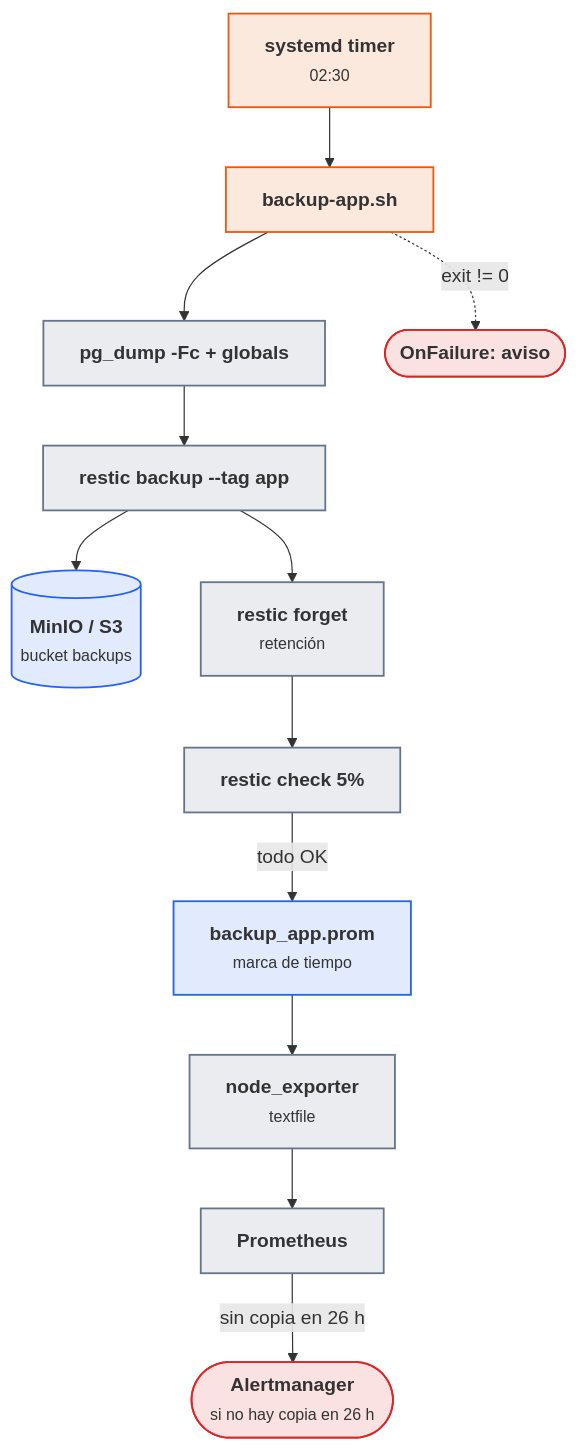
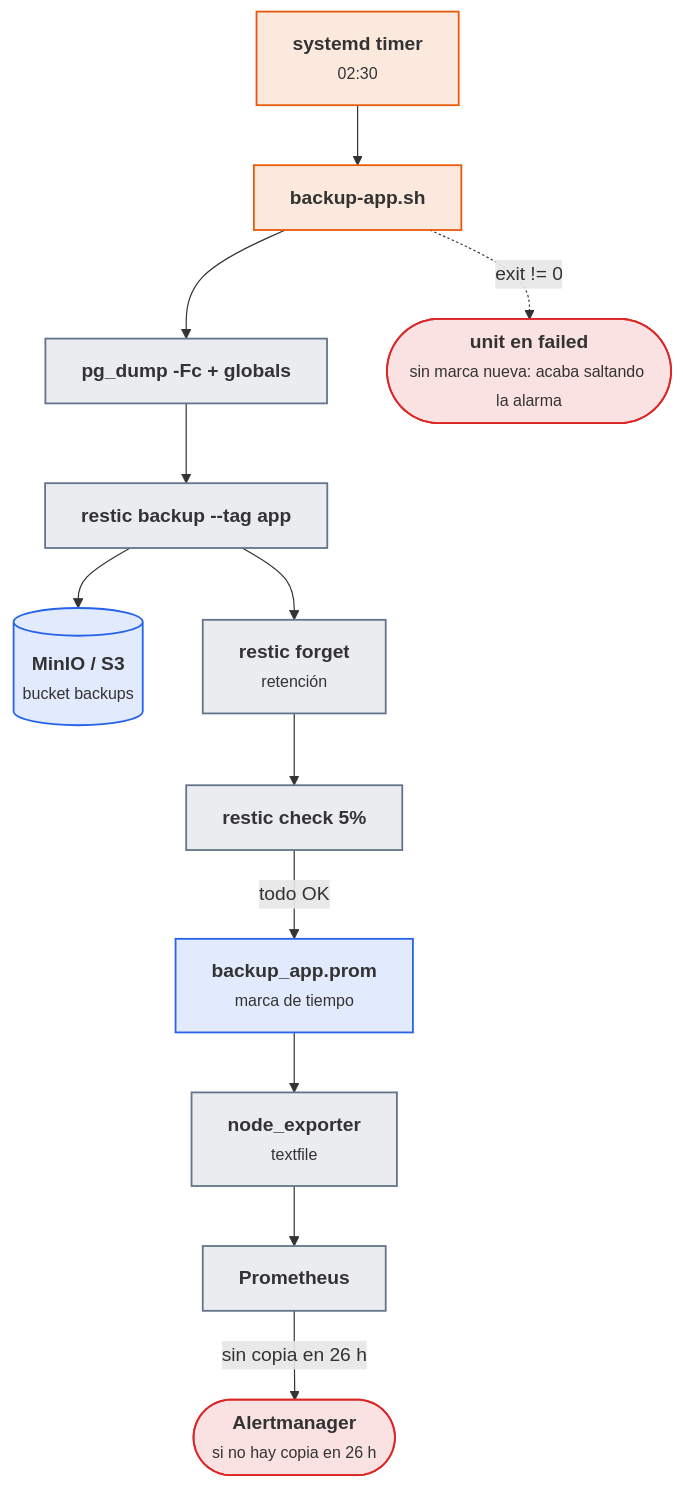
One commit to victor-educ/apuntes-5169 changed the second of 3 diagrams in docs/ut/ut6-copias-seguridad.md. Above: the diagram before and after it, drawn with Mermaid. The commit also changed other lines of this file and 17 other files, not shown here.

````diff
--- a/docs/ut/ut6-copias-seguridad.md
+++ b/docs/ut/ut6-copias-seguridad.md
@@ -279,25 +290,25 @@
 ```mermaid
 flowchart TB
     T["<b>systemd timer</b><br><small>02:30</small>"]:::act
     S["<b>backup-app.sh</b>"]:::act
     D["<b>pg_dump -Fc + globals</b>"]:::pieza
     R["<b>restic backup --tag app</b>"]:::pieza
     M[("<b>MinIO / S3</b><br><small>bucket backups</small>")]:::dato
     F["<b>restic forget</b><br><small>retención</small>"]:::pieza
     C["<b>restic check 5%</b>"]:::pieza
     P["<b>backup_app.prom</b><br><small>marca de tiempo</small>"]:::dato
     N["<b>node_exporter</b><br><small>textfile</small>"]:::pieza
     PR["<b>Prometheus</b>"]:::pieza
     A(["<b>Alertmanager</b><br><small>si no hay copia en 26 h</small>"]):::riesgo
-    O(["<b>OnFailure: aviso</b>"]):::riesgo
+    O(["<b>unit en failed</b><br><small>sin marca nueva: acaba saltando la alarma</small>"]):::riesgo
     T --> S --> D --> R --> M
     R --> F --> C
     C -->|todo OK| P --> N --> PR -->|sin copia en 26 h| A
     S -.->|exit != 0| O
     classDef act fill:#ea580c22,stroke:#ea580c,stroke-width:1.5px
     classDef pieza fill:#64748b22,stroke:#64748b,stroke-width:1.5px
     classDef dato fill:#2563eb22,stroke:#2563eb,stroke-width:1.5px
     classDef infra fill:#a1a1aa14,stroke:#a1a1aa,stroke-width:1.5px
     classDef ok fill:#16a34a22,stroke:#16a34a,stroke-width:1.5px
     classDef riesgo fill:#dc262622,stroke:#dc2626,stroke-width:1.5px
 ```
````
